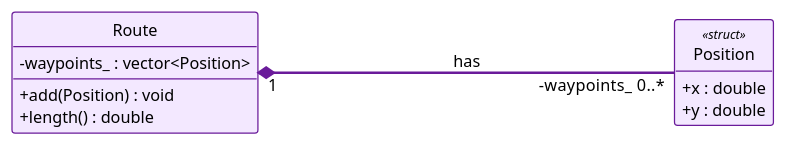
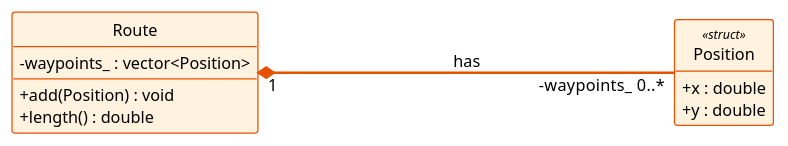
Before and after one commit to zeidk/enpm702-fall-2026-cpp: the diagram in project/week9/uml/model_l9_composition_route_members.plantuml, drawn with PlantUML. The commit also changed 28 other files, not shown here.

```diff
--- a/project/week9/uml/model_l9_composition_route_members.plantuml
+++ b/project/week9/uml/model_l9_composition_route_members.plantuml
@@ -1,29 +1,29 @@
 @startuml model_l9_composition_route_members
 ' Generated for the slides.
 !theme mono
 skinparam backgroundColor white
 skinparam defaultFontName "Fira Sans"
 skinparam defaultFontSize 13
 skinparam shadowing false
 skinparam classAttributeIconSize 0
 skinparam nodesep 30
 skinparam ranksep 75
 skinparam ArrowThickness 1.5
 hide circle
 hide empty members
 
 
 left to right direction
 
-class Route #back:F3E8FF;line:6A1B9A;text:000000 {
+class Route #back:FFF3E0;line:E65100;text:000000 {
   - waypoints_ : vector<Position>
   + add(Position) : void
   + length() : double
 }
-class Position <<struct>> #back:F3E8FF;line:6A1B9A;text:000000 {
+class Position <<struct>> #back:FFF3E0;line:E65100;text:000000 {
   + x : double
   + y : double
 }
 
-Route "<color:#000000>1</color>" *-[#6A1B9A,thickness=2]---- "<color:#000000>-waypoints_  0..*</color>" Position : <color:#000000>has</color>
+Route "<color:#000000>1</color>" *-[#E65100,thickness=2]---- "<color:#000000>-waypoints_  0..*</color>" Position : <color:#000000>has</color>
 @enduml
```
